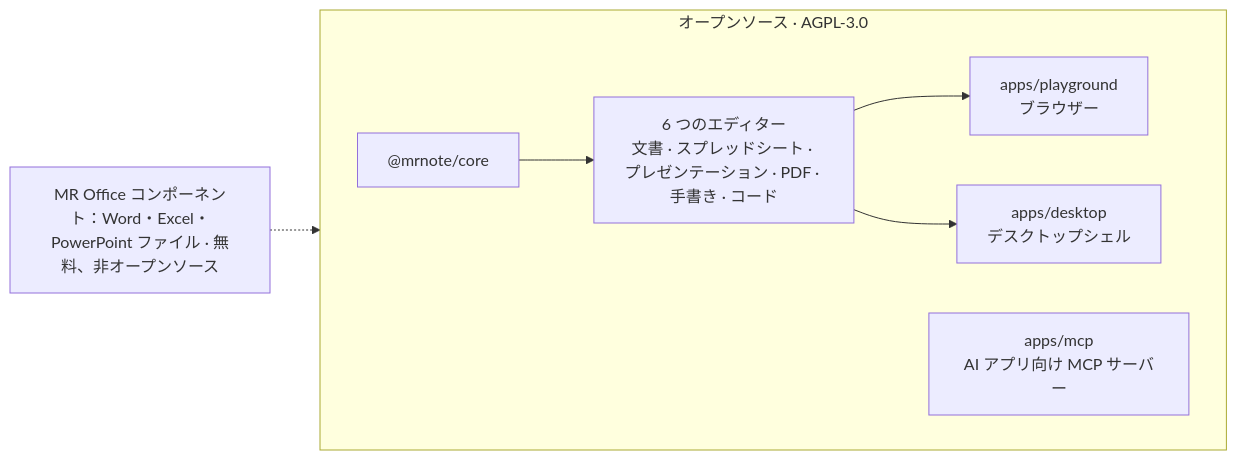
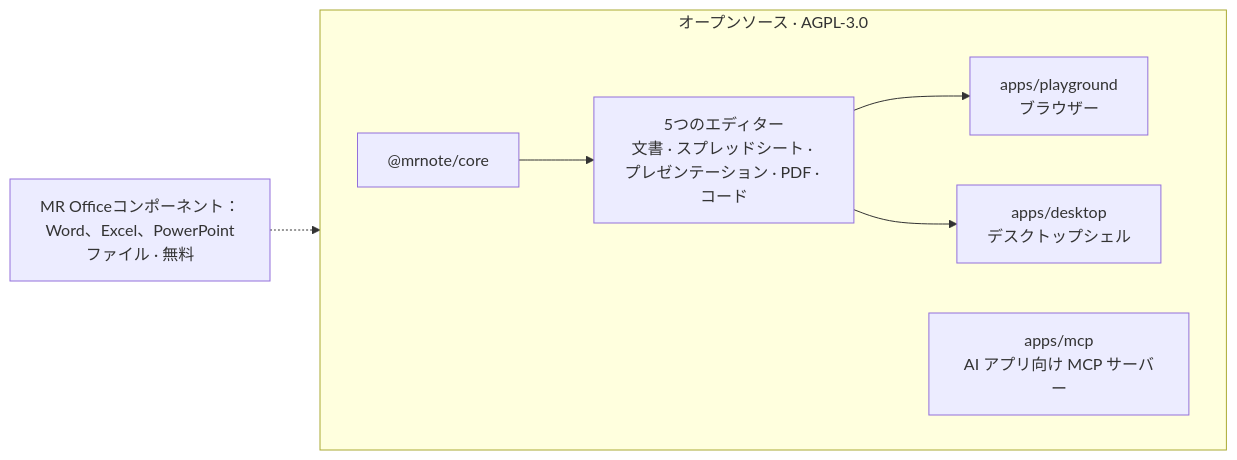
One commit to WhaleChao/MROffice changed the diagram in i18n/README.ja.md. Above: the diagram before and after it, drawn with Mermaid. The commit also changed other lines of this file and 621 other files, not shown here.

````diff
--- a/i18n/README.ja.md
+++ b/i18n/README.ja.md
@@ -130,11 +128,11 @@
 ```mermaid
 flowchart LR
   subgraph OSS["オープンソース · AGPL-3.0"]
     direction LR
-    core["@mrnote/core"] --> E["6 つのエディター<br/>文書 · スプレッドシート · プレゼンテーション · PDF · 手書き · コード"]
+    core["@mrnote/core"] --> E["5つのエディター<br/>文書 · スプレッドシート · プレゼンテーション · PDF · コード"]
     E --> PG["apps/playground<br/>ブラウザー"]
     E --> DS["apps/desktop<br/>デスクトップシェル"]
     MCP["apps/mcp<br/>AI アプリ向け MCP サーバー"]
   end
-  COMP["MR Office コンポーネント：Word・Excel・PowerPoint ファイル · 無料、非オープンソース"] -.-> DS
+  COMP["MR Officeコンポーネント：Word、Excel、PowerPointファイル · 無料"] -.-> DS
 ```
````
